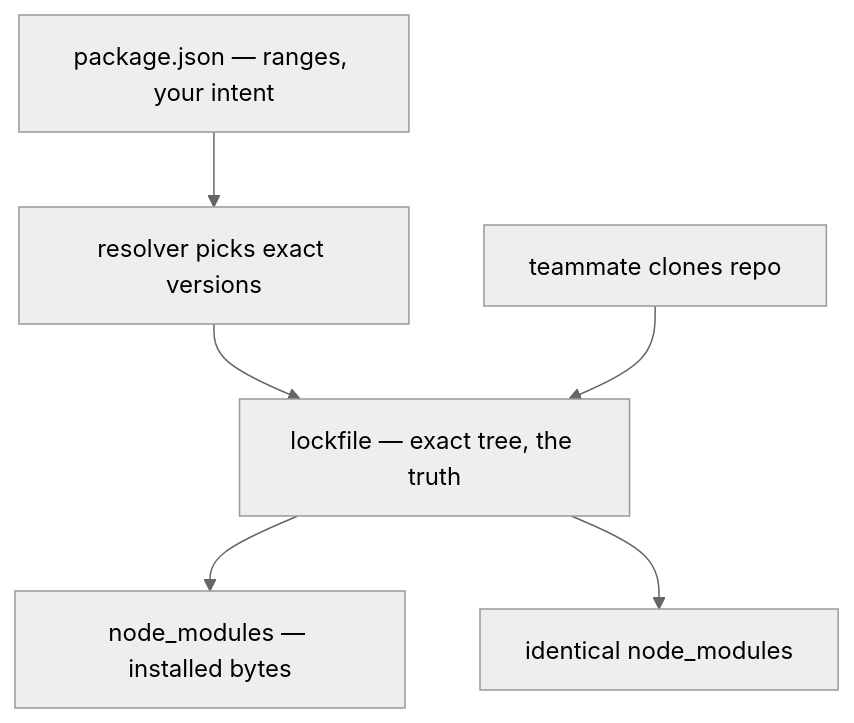
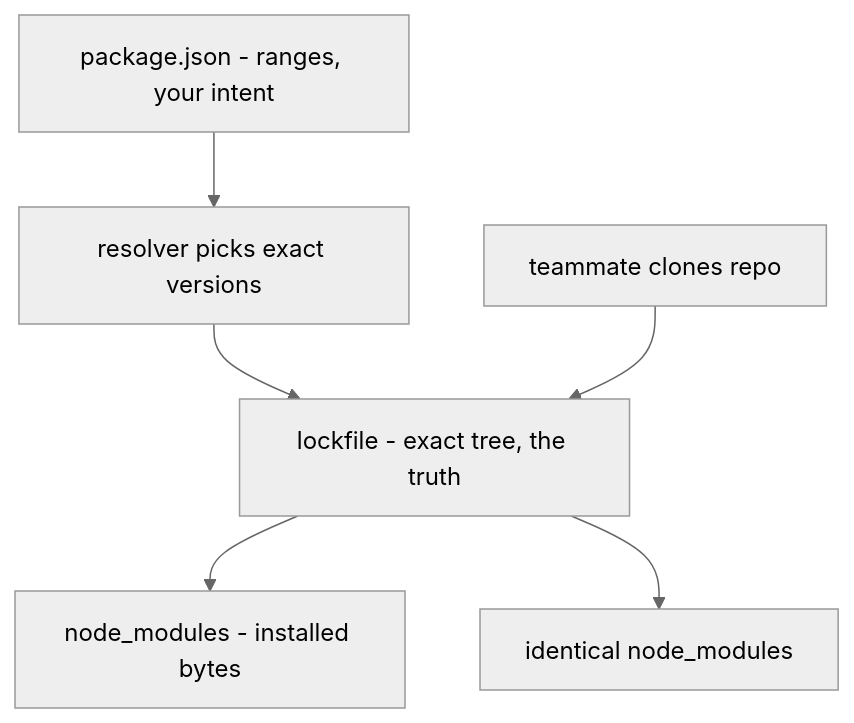
One commit to Topurrra/themissingmanual changed the diagram in guides/tooling/npm-pnpm-yarn/01-manifest-and-lockfile.md. Above: the diagram before and after it, drawn with Mermaid (neutral theme). The commit also changed other lines of this file and 1072 other files, not shown here.

````diff
--- a/guides/tooling/npm-pnpm-yarn/01-manifest-and-lockfile.md
+++ b/guides/tooling/npm-pnpm-yarn/01-manifest-and-lockfile.md
@@ -68,8 +68,8 @@
 ```mermaid
 flowchart TD
-  A["package.json — ranges, your intent"] --> R["resolver picks exact versions"]
-  R --> L["lockfile — exact tree, the truth"]
-  L --> N["node_modules — installed bytes"]
+  A["package.json - ranges, your intent"] --> R["resolver picks exact versions"]
+  R --> L["lockfile - exact tree, the truth"]
+  L --> N["node_modules - installed bytes"]
   A2["teammate clones repo"] --> L
   L --> N2["identical node_modules"]
 ```
````
